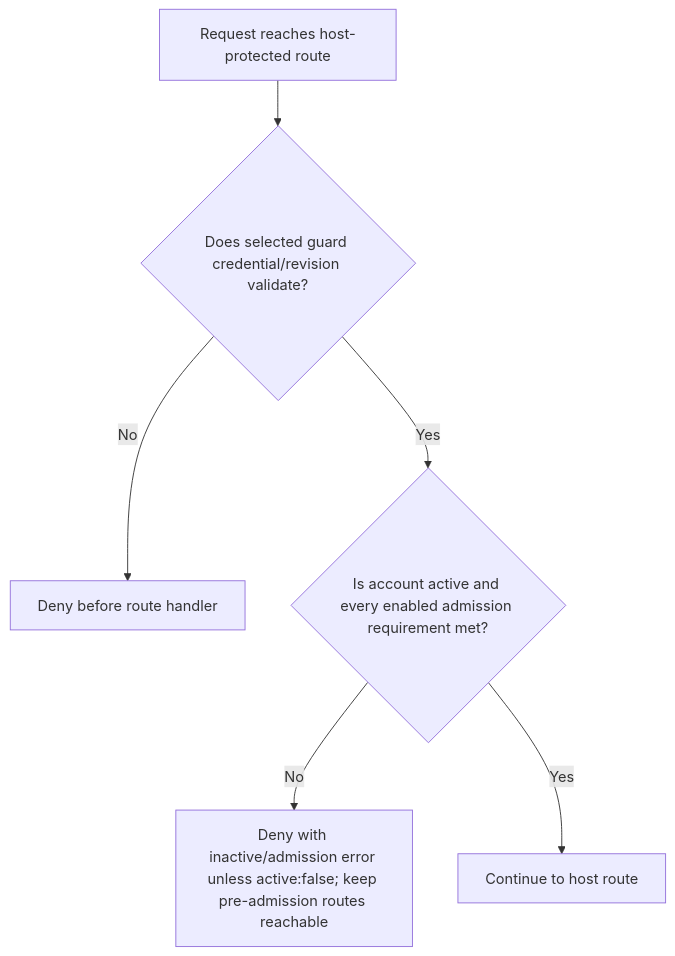
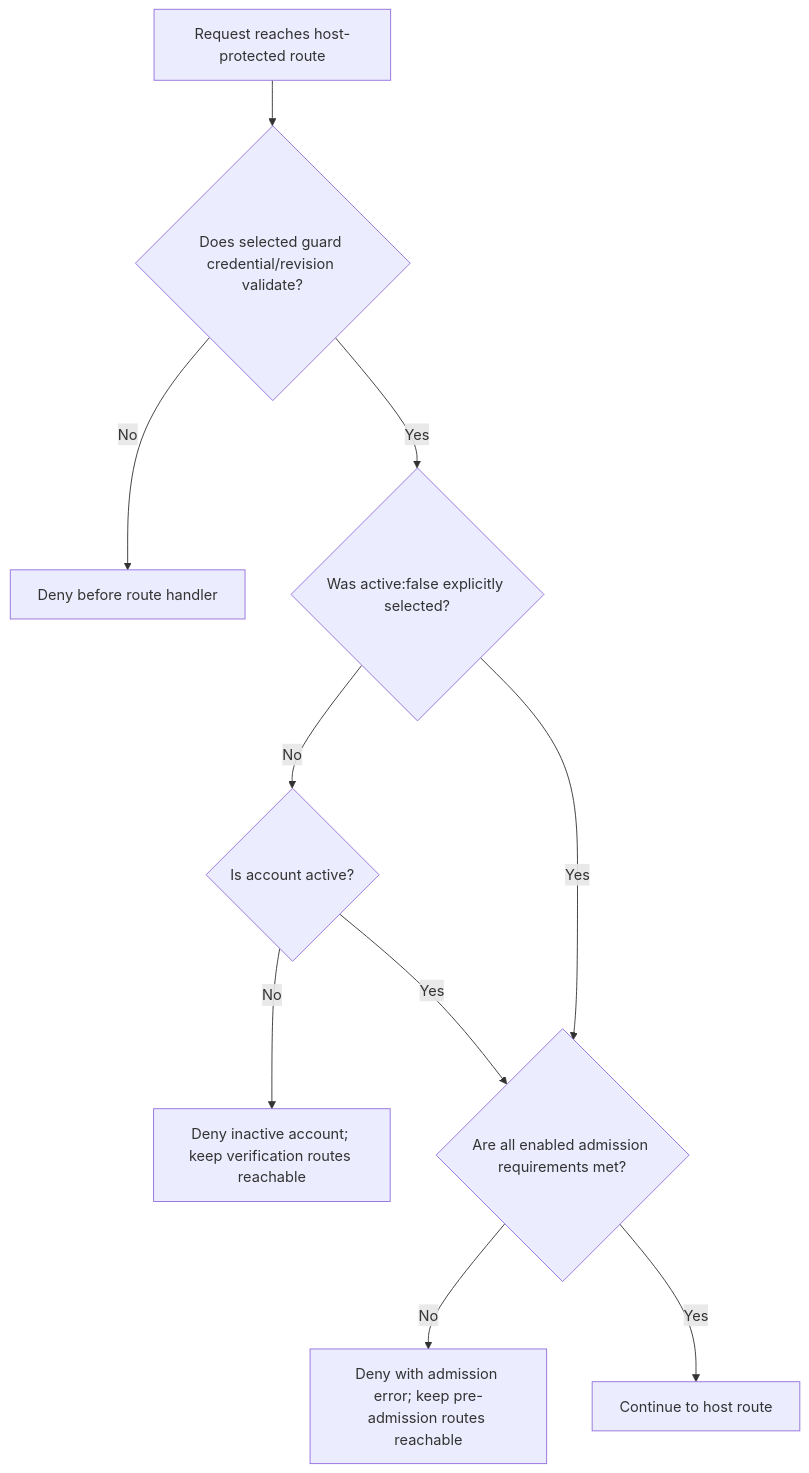
One commit to Kevinjohn/oss-adonisjs-account-kit changed the first of 2 diagrams in user-stories/US-ACCOUNT-25-gate-application-route.md. Above: the diagram before and after it, drawn with Mermaid. The commit also changed 5 other files, not shown here.

````diff
--- a/user-stories/US-ACCOUNT-25-gate-application-route.md
+++ b/user-stories/US-ACCOUNT-25-gate-application-route.md
@@ -18,8 +18,12 @@
 ```mermaid
 flowchart TD
  A["Request reaches host-protected route"] --> B{"Does selected guard credential/revision validate?"}
  B -->|No| C["Deny before route handler"]
- B -->|Yes| D{"Is account active and every enabled admission requirement met?"}
- D -->|No| E["Deny with inactive/admission error unless active:false; keep pre-admission routes reachable"]
- D -->|Yes| F["Continue to host route"]
+ B -->|Yes| D{"Was active:false explicitly selected?"}
+ D -->|No| E{"Is account active?"}
+ E -->|No| F["Deny inactive account; keep verification routes reachable"]
+ E -->|Yes| G{"Are all enabled admission requirements met?"}
+ D -->|Yes| G
+ G -->|No| H["Deny with admission error; keep pre-admission routes reachable"]
+ G -->|Yes| I["Continue to host route"]
 ```
````
